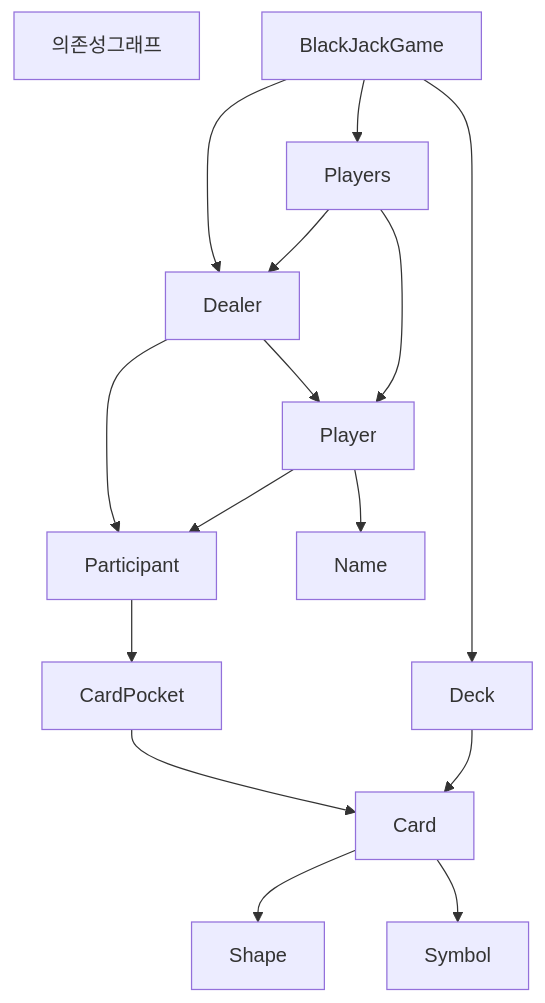
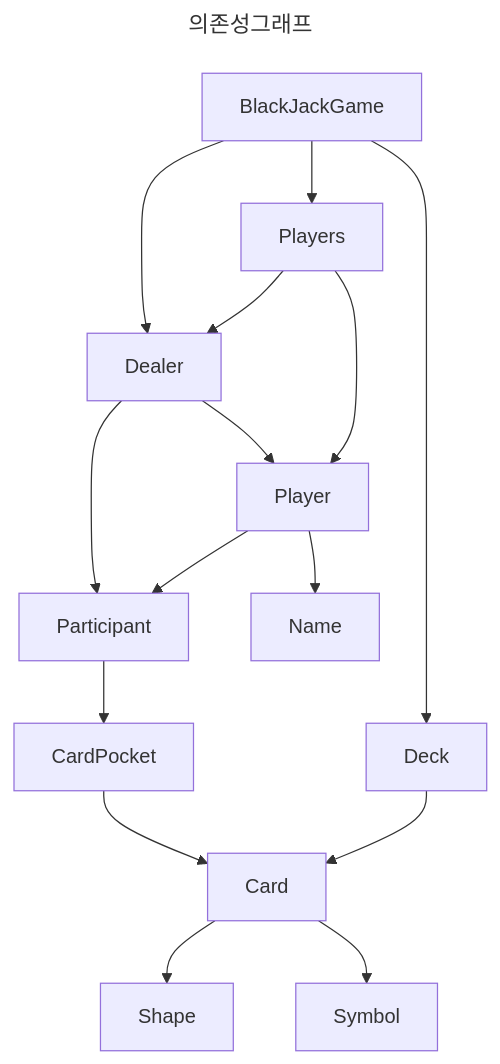
The diagram in README.md (woowacourse/java-blackjack), drawn with Mermaid before and after one commit.

Commit message:
docs: 타이틀 작성

````diff
--- a/README.md
+++ b/README.md
@@ -9,22 +9,24 @@
 ```mermaid
+---
+title: 의존성그래프
+---
 graph TD
-의존성그래프
 BlackJackGame --> Players
 BlackJackGame --> Deck
 BlackJackGame --> Dealer
 
 Players --> Dealer
 Dealer --> Player
 
 Participant --> CardPocket
 Dealer --> Participant
 Player --> Participant
 
 Players --> Player
 Player --> Name
 CardPocket --> Card
 
 Deck --> Card
 Card --> Shape
 Card --> Symbol
 ```
````
